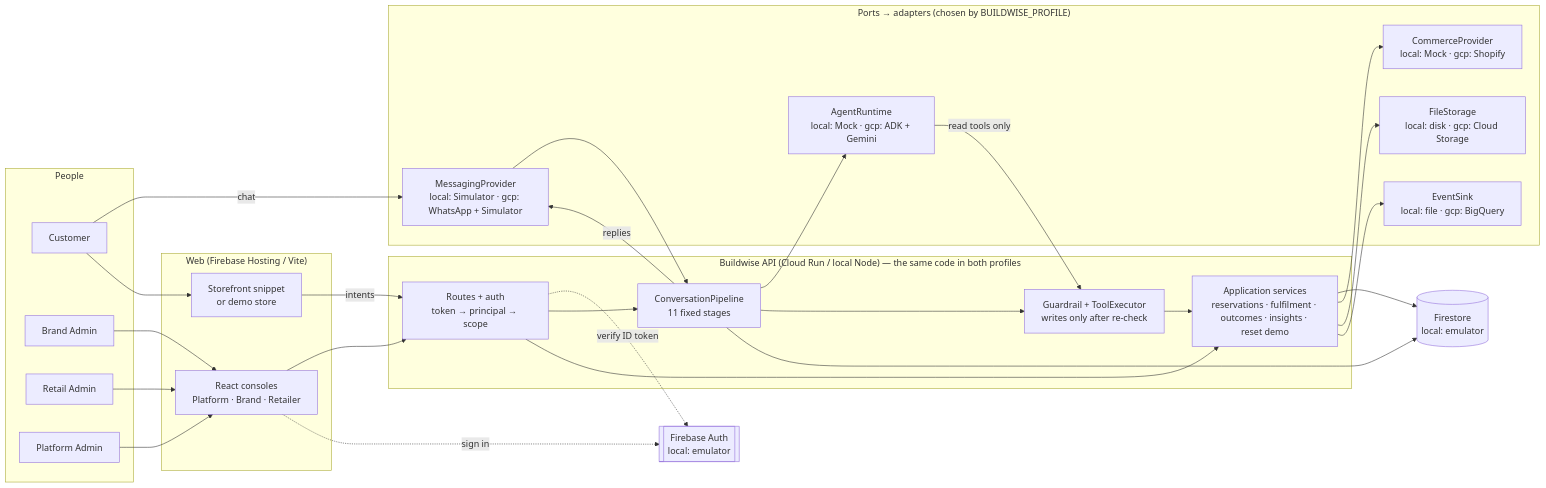
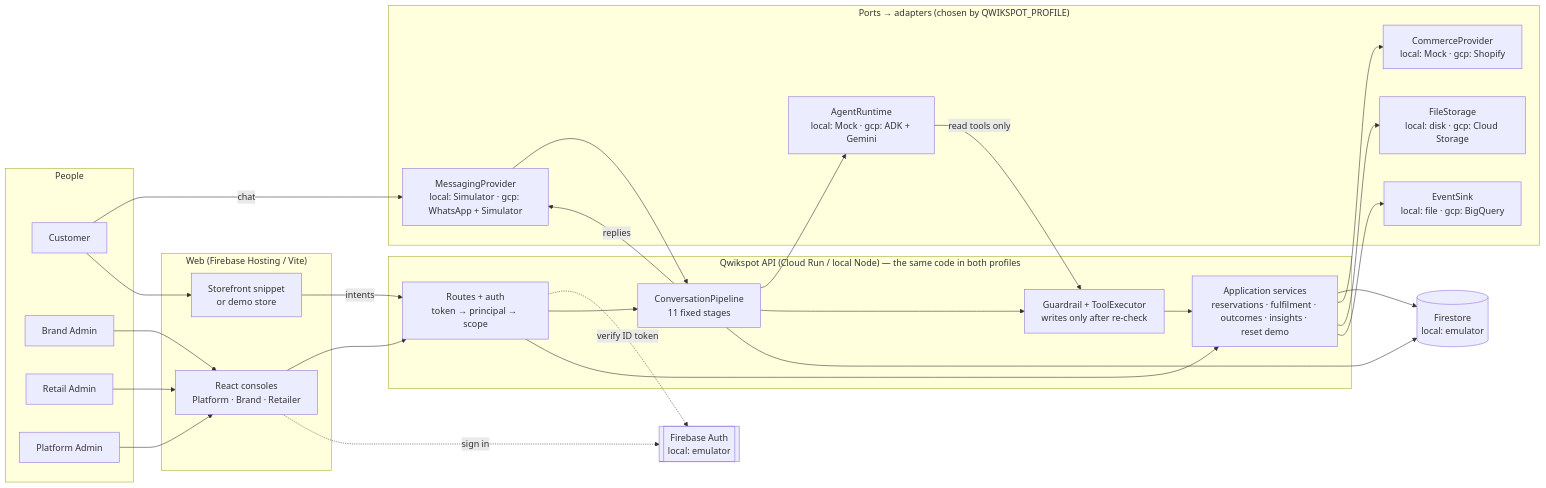
Before and after one commit to Alfaiz777/buildwise: the diagram in docs/03_TECH_ARCHITECTURE.md, drawn with Mermaid. The commit also changed other lines of this file and 104 other files, not shown here.

````diff
--- a/docs/03_TECH_ARCHITECTURE.md
+++ b/docs/03_TECH_ARCHITECTURE.md
@@ -139,48 +139,48 @@
 ```mermaid
 flowchart LR
   subgraph People
     C[Customer]
     BA[Brand Admin]
     RA[Retail Admin]
     PA[Platform Admin]
   end
 
   subgraph Web["Web (Firebase Hosting / Vite)"]
     UI[React consoles<br/>Platform · Brand · Retailer]
     SF[Storefront snippet<br/>or demo store]
   end
 
-  subgraph Core["Buildwise API (Cloud Run / local Node) — the same code in both profiles"]
+  subgraph Core["Qwikspot API (Cloud Run / local Node) — the same code in both profiles"]
     R[Routes + auth<br/>token → principal → scope]
     P[ConversationPipeline<br/>11 fixed stages]
     G[Guardrail + ToolExecutor<br/>writes only after re-check]
     S[Application services<br/>reservations · fulfilment · outcomes · insights · reset demo]
   end
 
-  subgraph Ports["Ports → adapters (chosen by BUILDWISE_PROFILE)"]
+  subgraph Ports["Ports → adapters (chosen by QWIKSPOT_PROFILE)"]
     AR[AgentRuntime<br/>local: Mock · gcp: ADK + Gemini]
     MP[MessagingProvider<br/>local: Simulator · gcp: WhatsApp + Simulator]
     CP[CommerceProvider<br/>local: Mock · gcp: Shopify]
     FS[FileStorage<br/>local: disk · gcp: Cloud Storage]
     ES[EventSink<br/>local: file · gcp: BigQuery]
   end
 
   DB[(Firestore<br/>local: emulator)]
   AU[[Firebase Auth<br/>local: emulator]]
 
   C -->|chat| MP
   C --> SF
   SF -->|intents| R
   BA & RA & PA --> UI --> R
   UI -.sign in.-> AU
   R -.verify ID token.-> AU
   MP --> P
   R --> P & S
   P --> AR
   AR -->|read tools only| G
   P --> G --> S
   S --> DB
   P --> DB
   S --> CP & FS & ES
   P -->|replies| MP
 ```
````
